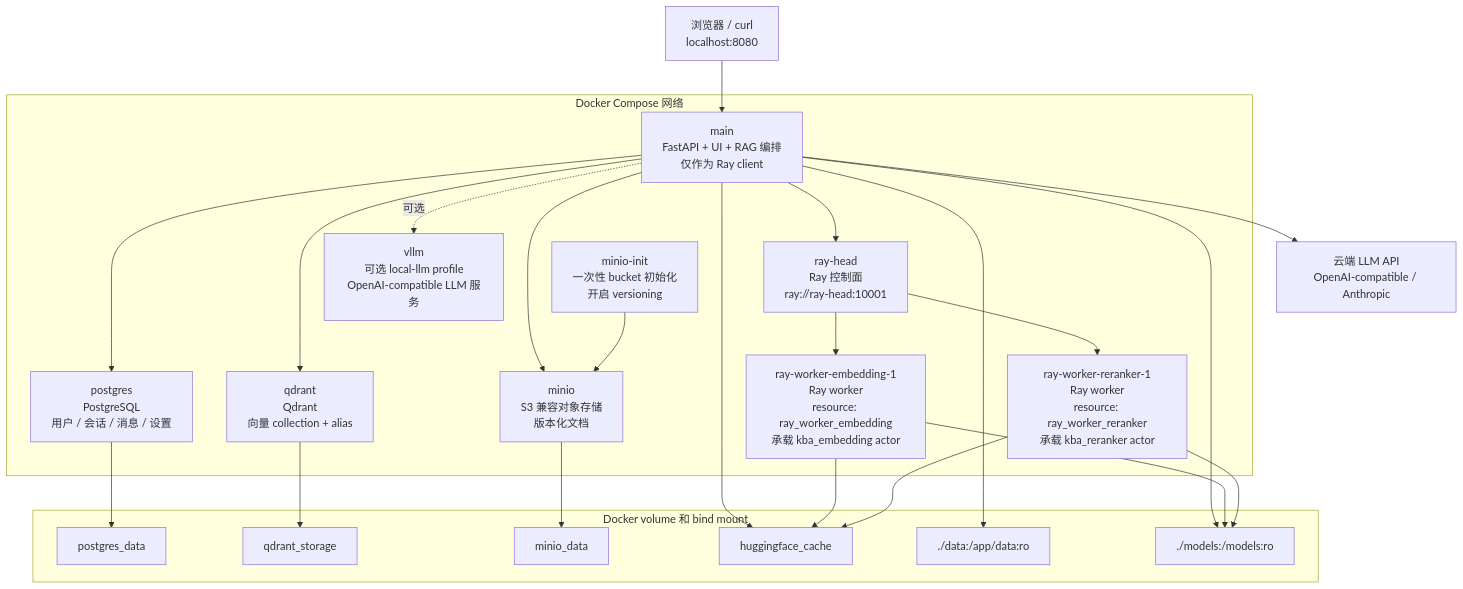
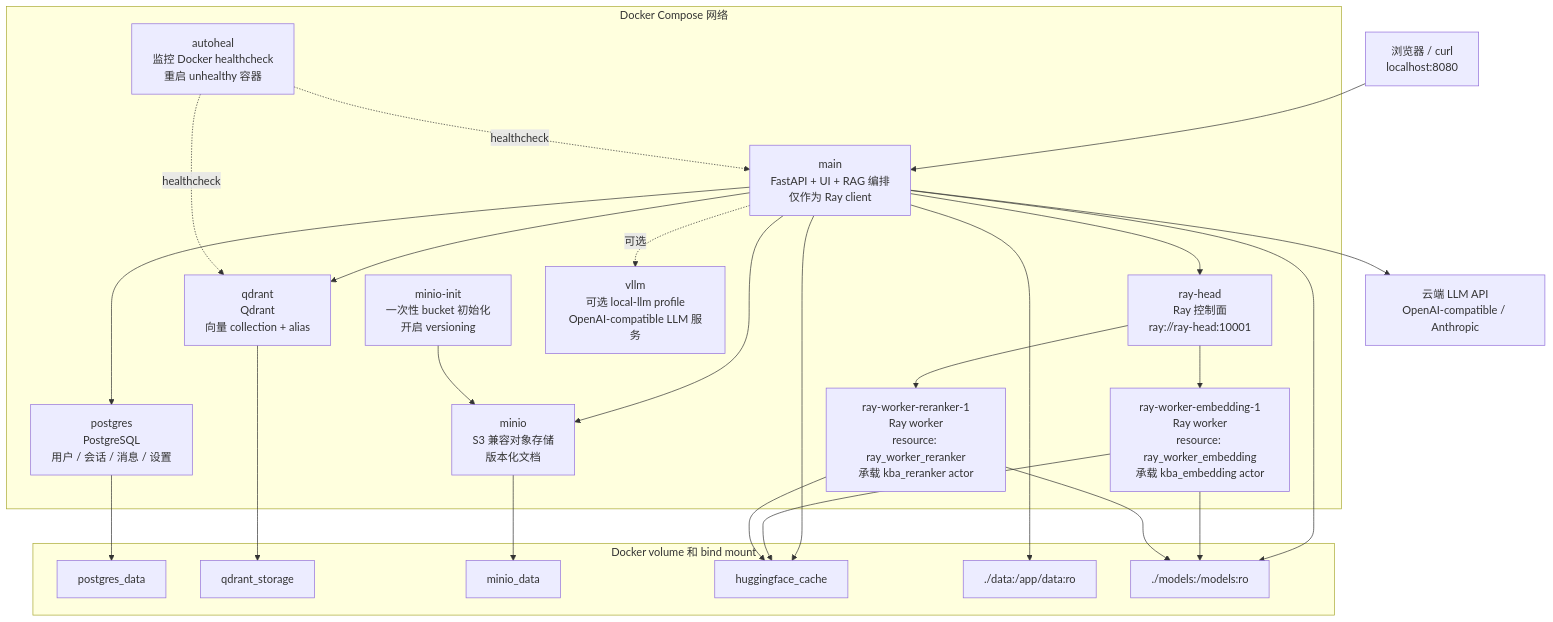
Before and after one commit to XingjiaYang/Knowledge-Base-Assistant: the first of 4 diagrams in readme.zh.md, drawn with Mermaid. The commit also changed other lines of this file and 17 other files, not shown here.

````diff
--- a/readme.zh.md
+++ b/readme.zh.md
@@ -165,46 +167,49 @@
 ```mermaid
 flowchart TD
     User["浏览器 / curl<br/>localhost:8080"] --> Main["main<br/>FastAPI + UI + RAG 编排<br/>仅作为 Ray client"]
 
     subgraph Compose["Docker Compose 网络"]
         Main
         PG["postgres<br/>PostgreSQL<br/>用户 / 会话 / 消息 / 设置"]
         Qdrant["qdrant<br/>Qdrant<br/>向量 collection + alias"]
         MinIO["minio<br/>S3 兼容对象存储<br/>版本化文档"]
         MinIOInit["minio-init<br/>一次性 bucket 初始化<br/>开启 versioning"]
         RayHead["ray-head<br/>Ray 控制面<br/>ray://ray-head:10001"]
         EmbedWorker["ray-worker-embedding-1<br/>Ray worker<br/>resource: ray_worker_embedding<br/>承载 kba_embedding actor"]
         RerankWorker["ray-worker-reranker-1<br/>Ray worker<br/>resource: ray_worker_reranker<br/>承载 kba_reranker actor"]
+        Autoheal["autoheal<br/>监控 Docker healthcheck<br/>重启 unhealthy 容器"]
         VLLM["vllm<br/>可选 local-llm profile<br/>OpenAI-compatible LLM 服务"]
     end
 
     Main --> PG
     Main --> Qdrant
     Main --> MinIO
     Main --> RayHead
     MinIOInit --> MinIO
     RayHead --> EmbedWorker
     RayHead --> RerankWorker
+    Autoheal -. healthcheck .-> Main
+    Autoheal -. healthcheck .-> Qdrant
     Main -. 可选 .-> VLLM
     Main --> CloudLLM["云端 LLM API<br/>OpenAI-compatible / Anthropic"]
 
     subgraph Volumes["Docker volume 和 bind mount"]
         PGVol["postgres_data"]
         QVol["qdrant_storage"]
         S3Vol["minio_data"]
         HFVol["huggingface_cache"]
         DataBind["./data:/app/data:ro"]
         ModelsBind["./models:/models:ro"]
     end
 
     PG --> PGVol
     Qdrant --> QVol
     MinIO --> S3Vol
     Main --> DataBind
     Main --> HFVol
     Main --> ModelsBind
     EmbedWorker --> HFVol
     EmbedWorker --> ModelsBind
     RerankWorker --> HFVol
     RerankWorker --> ModelsBind
 ```
````
